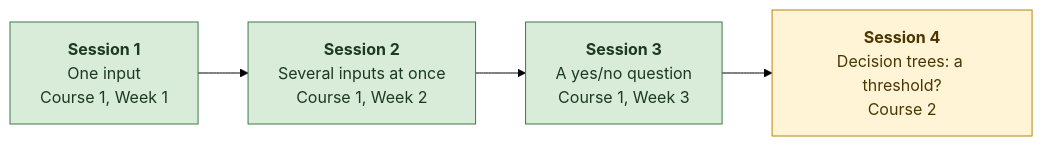
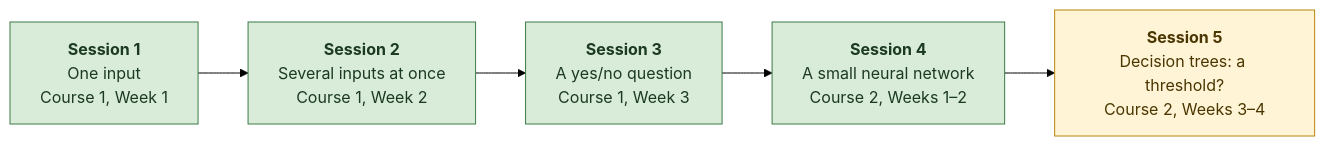
One commit to penelopemichou/austerity-ml changed the first of 2 diagrams in PROGRESS.md. Above: the diagram before and after it, drawn with Mermaid (forest theme). The commit also changed other lines of this file and 6 other files, not shown here.

First line of the commit message:
Add Session 4: a small neural network on the yes/no question

````diff
--- a/PROGRESS.md
+++ b/PROGRESS.md
@@ -13,7 +13,7 @@
 ```mermaid
 flowchart LR
-    S1["<b>Session 1</b><br/>One input<br/>Course 1, Week 1"]:::done --> S2["<b>Session 2</b><br/>Several inputs at once<br/>Course 1, Week 2"]:::done --> S3["<b>Session 3</b><br/>A yes/no question<br/>Course 1, Week 3"]:::done --> S4["<b>Session 4</b><br/>Decision trees: a threshold?<br/>Course 2"]:::next
+    S1["<b>Session 1</b><br/>One input<br/>Course 1, Week 1"]:::done --> S2["<b>Session 2</b><br/>Several inputs at once<br/>Course 1, Week 2"]:::done --> S3["<b>Session 3</b><br/>A yes/no question<br/>Course 1, Week 3"]:::done --> S4["<b>Session 4</b><br/>A small neural network<br/>Course 2, Weeks 1–2"]:::done --> S5["<b>Session 5</b><br/>Decision trees: a threshold?<br/>Course 2, Weeks 3–4"]:::next
     classDef done fill:#d8ecd9,stroke:#3c7a45,color:#1b3a20
     classDef next fill:#fff4d6,stroke:#b8860b,color:#4a3600
     classDef later fill:#eeeeee,stroke:#999999,color:#555555
 ```
````
